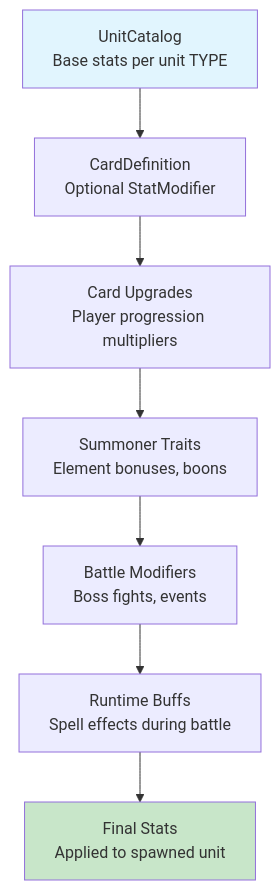
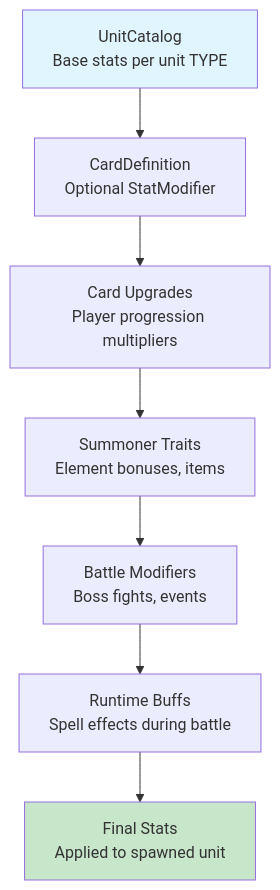
One commit to amari-charles/project-summoner changed the diagram in docs/technical/unit-stat-pipeline.md. Above: the diagram before and after it, drawn with Mermaid. The commit also changed other lines of this file and 20 other files, not shown here.

````diff
--- a/docs/technical/unit-stat-pipeline.md
+++ b/docs/technical/unit-stat-pipeline.md
@@ -11,13 +11,13 @@
 ```mermaid
 flowchart TD
     UC[UnitCatalog<br/>Base stats per unit TYPE]
     UC --> CD[CardDefinition<br/>Optional StatModifier]
     CD --> CU[Card Upgrades<br/>Player progression multipliers]
-    CU --> ST[Summoner Traits<br/>Element bonuses, boons]
+    CU --> ST[Summoner Traits<br/>Element bonuses, items]
     ST --> BM[Battle Modifiers<br/>Boss fights, events]
     BM --> RB[Runtime Buffs<br/>Spell effects during battle]
     RB --> FS[Final Stats<br/>Applied to spawned unit]
 
     style UC fill:#e1f5fe
     style FS fill:#c8e6c9
 ```
````
